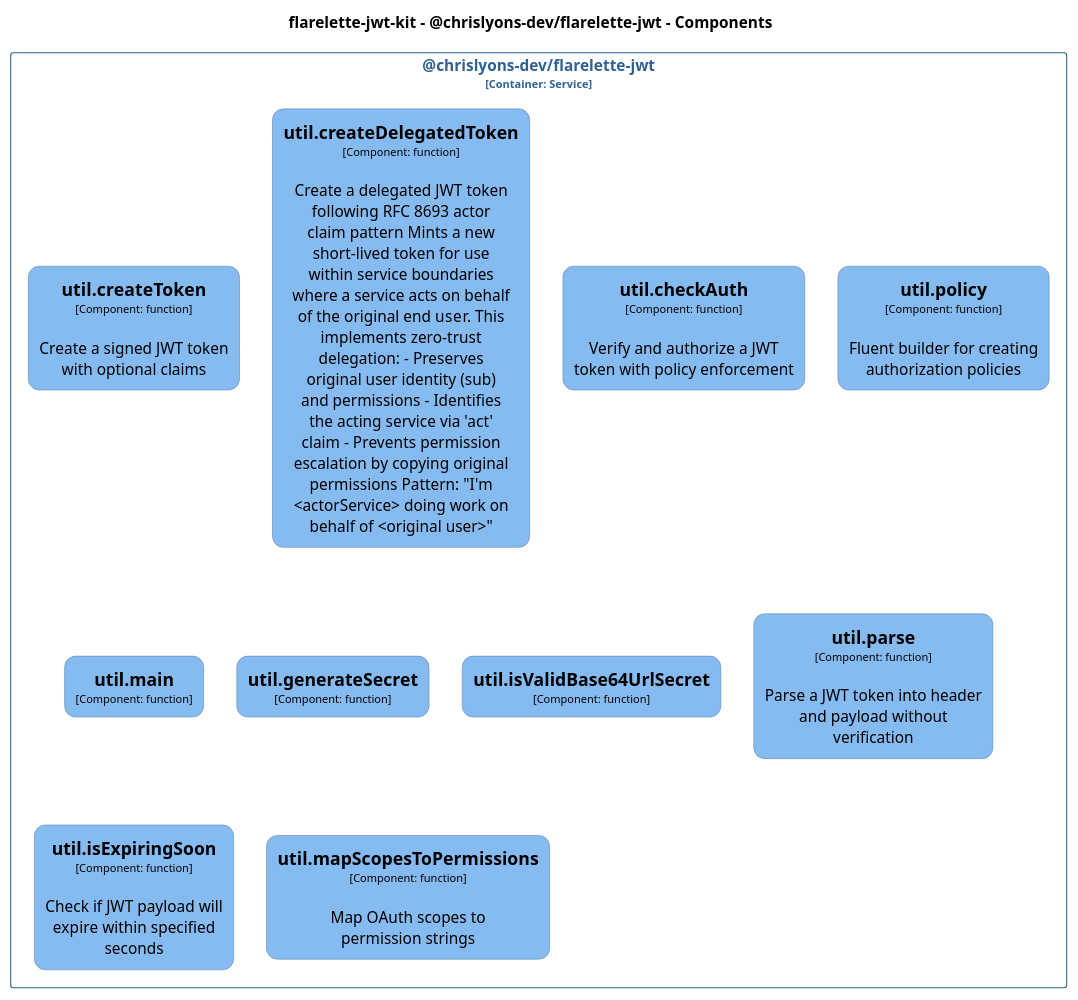
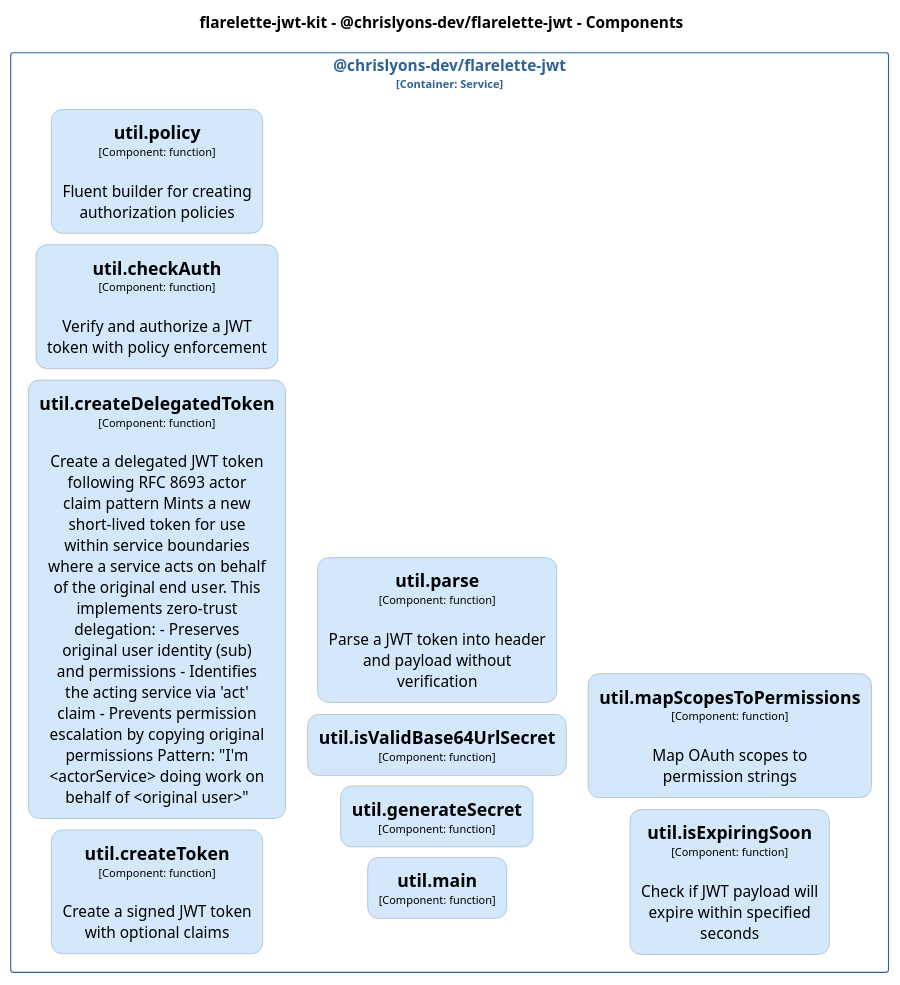
The diagram in docs/architecture/diagrams/plantuml/structurizr-Classes_chrislyons_dev_flarelette_jwt__util.puml (chrislyons-dev/flarelette-jwt-kit), drawn with PlantUML before and after one commit. The commit also changed 107 other files, not shown here.

```diff
--- a/docs/architecture/diagrams/plantuml/structurizr-Classes_chrislyons_dev_flarelette_jwt__util.puml
+++ b/docs/architecture/diagrams/plantuml/structurizr-Classes_chrislyons_dev_flarelette_jwt__util.puml
@@ -1,108 +1,108 @@
 @startuml
 set separator none
 title flarelette-jwt-kit - @chrislyons-dev/flarelette-jwt - Components
 
-top to bottom direction
-skinparam ranksep 60
-skinparam nodesep 30
+left to right direction
+skinparam ranksep 20
+skinparam nodesep 10
 
 skinparam {
   arrowFontSize 10
   defaultTextAlignment center
   wrapWidth 200
   maxMessageSize 100
   defaultFontName "Arial"
 }
 
 hide stereotype
 
 skinparam rectangle<<flarelettejwtkit.chrislyonsdevflarelettejwt.utilcheckAuth>> {
-  BackgroundColor #85bbf0
+  BackgroundColor #d4e8fc
   FontColor #000000
-  BorderColor #5d82a8
+  BorderColor #94a2b0
   roundCorner 20
   shadowing false
 }
 skinparam rectangle<<flarelettejwtkit.chrislyonsdevflarelettejwt.utilcreateDelegatedToken>> {
-  BackgroundColor #85bbf0
+  BackgroundColor #d4e8fc
   FontColor #000000
-  BorderColor #5d82a8
+  BorderColor #94a2b0
   roundCorner 20
   shadowing false
 }
 skinparam rectangle<<flarelettejwtkit.chrislyonsdevflarelettejwt.utilcreateToken>> {
-  BackgroundColor #85bbf0
+  BackgroundColor #d4e8fc
   FontColor #000000
-  BorderColor #5d82a8
+  BorderColor #94a2b0
   roundCorner 20
   shadowing false
 }
 skinparam rectangle<<flarelettejwtkit.chrislyonsdevflarelettejwt.utilgenerateSecret>> {
-  BackgroundColor #85bbf0
+  BackgroundColor #d4e8fc
   FontColor #000000
-  BorderColor #5d82a8
+  BorderColor #94a2b0
   roundCorner 20
   shadowing false
 }
 skinparam rectangle<<flarelettejwtkit.chrislyonsdevflarelettejwt.utilisExpiringSoon>> {
-  BackgroundColor #85bbf0
+  BackgroundColor #d4e8fc
   FontColor #000000
-  BorderColor #5d82a8
+  BorderColor #94a2b0
   roundCorner 20
   shadowing false
 }
 skinparam rectangle<<flarelettejwtkit.chrislyonsdevflarelettejwt.utilisValidBase64UrlSecret>> {
-  BackgroundColor #85bbf0
+  BackgroundColor #d4e8fc
   FontColor #000000
-  BorderColor #5d82a8
+  BorderColor #94a2b0
   roundCorner 20
   shadowing false
 }
 skinparam rectangle<<flarelettejwtkit.chrislyonsdevflarelettejwt.utilmain>> {
-  BackgroundColor #85bbf0
+  BackgroundColor #d4e8fc
   FontColor #000000
-  BorderColor #5d82a8
+  BorderColor #94a2b0
   roundCorner 20
   shadowing false
 }
 skinparam rectangle<<flarelettejwtkit.chrislyonsdevflarelettejwt.utilmapScopesToPermissions>> {
-  BackgroundColor #85bbf0
+  BackgroundColor #d4e8fc
   FontColor #000000
-  BorderColor #5d82a8
+  BorderColor #94a2b0
   roundCorner 20
   shadowing false
 }
 skinparam rectangle<<flarelettejwtkit.chrislyonsdevflarelettejwt.utilparse>> {
-  BackgroundColor #85bbf0
+  BackgroundColor #d4e8fc
   FontColor #000000
-  BorderColor #5d82a8
+  BorderColor #94a2b0
   roundCorner 20
   shadowing false
 }
 skinparam rectangle<<flarelettejwtkit.chrislyonsdevflarelettejwt.utilpolicy>> {
-  BackgroundColor #85bbf0
+  BackgroundColor #d4e8fc
   FontColor #000000
-  BorderColor #5d82a8
+  BorderColor #94a2b0
   roundCorner 20
   shadowing false
 }
 skinparam rectangle<<flarelettejwtkit.chrislyonsdevflarelettejwt>> {
   BorderColor #2e6295
   FontColor #2e6295
   shadowing false
 }
 
 rectangle "@chrislyons-dev/flarelette-jwt\n<size:10>[Container: Service]</size>" <<flarelettejwtkit.chrislyonsdevflarelettejwt>> {
   rectangle "==util.createToken\n<size:10>[Component: function]</size>\n\nCreate a signed JWT token with optional claims" <<flarelettejwtkit.chrislyonsdevflarelettejwt.utilcreateToken>> as flarelettejwtkit.chrislyonsdevflarelettejwt.utilcreateToken
   rectangle "==util.createDelegatedToken\n<size:10>[Component: function]</size>\n\nCreate a delegated JWT token following RFC 8693 actor claim pattern Mints a new short-lived token for use within service boundaries where a service acts on behalf of the original end user. This implements zero-trust delegation: - Preserves original user identity (sub) and permissions - Identifies the acting service via 'act' claim - Prevents permission escalation by copying original permissions Pattern: "I'm <actorService> doing work on behalf of <original user>"" <<flarelettejwtkit.chrislyonsdevflarelettejwt.utilcreateDelegatedToken>> as flarelettejwtkit.chrislyonsdevflarelettejwt.utilcreateDelegatedToken
   rectangle "==util.checkAuth\n<size:10>[Component: function]</size>\n\nVerify and authorize a JWT token with policy enforcement" <<flarelettejwtkit.chrislyonsdevflarelettejwt.utilcheckAuth>> as flarelettejwtkit.chrislyonsdevflarelettejwt.utilcheckAuth
   rectangle "==util.policy\n<size:10>[Component: function]</size>\n\nFluent builder for creating authorization policies" <<flarelettejwtkit.chrislyonsdevflarelettejwt.utilpolicy>> as flarelettejwtkit.chrislyonsdevflarelettejwt.utilpolicy
   rectangle "==util.main\n<size:10>[Component: function]</size>" <<flarelettejwtkit.chrislyonsdevflarelettejwt.utilmain>> as flarelettejwtkit.chrislyonsdevflarelettejwt.utilmain
   rectangle "==util.generateSecret\n<size:10>[Component: function]</size>" <<flarelettejwtkit.chrislyonsdevflarelettejwt.utilgenerateSecret>> as flarelettejwtkit.chrislyonsdevflarelettejwt.utilgenerateSecret
   rectangle "==util.isValidBase64UrlSecret\n<size:10>[Component: function]</size>" <<flarelettejwtkit.chrislyonsdevflarelettejwt.utilisValidBase64UrlSecret>> as flarelettejwtkit.chrislyonsdevflarelettejwt.utilisValidBase64UrlSecret
   rectangle "==util.parse\n<size:10>[Component: function]</size>\n\nParse a JWT token into header and payload without verification" <<flarelettejwtkit.chrislyonsdevflarelettejwt.utilparse>> as flarelettejwtkit.chrislyonsdevflarelettejwt.utilparse
   rectangle "==util.isExpiringSoon\n<size:10>[Component: function]</size>\n\nCheck if JWT payload will expire within specified seconds" <<flarelettejwtkit.chrislyonsdevflarelettejwt.utilisExpiringSoon>> as flarelettejwtkit.chrislyonsdevflarelettejwt.utilisExpiringSoon
   rectangle "==util.mapScopesToPermissions\n<size:10>[Component: function]</size>\n\nMap OAuth scopes to permission strings" <<flarelettejwtkit.chrislyonsdevflarelettejwt.utilmapScopesToPermissions>> as flarelettejwtkit.chrislyonsdevflarelettejwt.utilmapScopesToPermissions
 }
 
 @enduml
```
